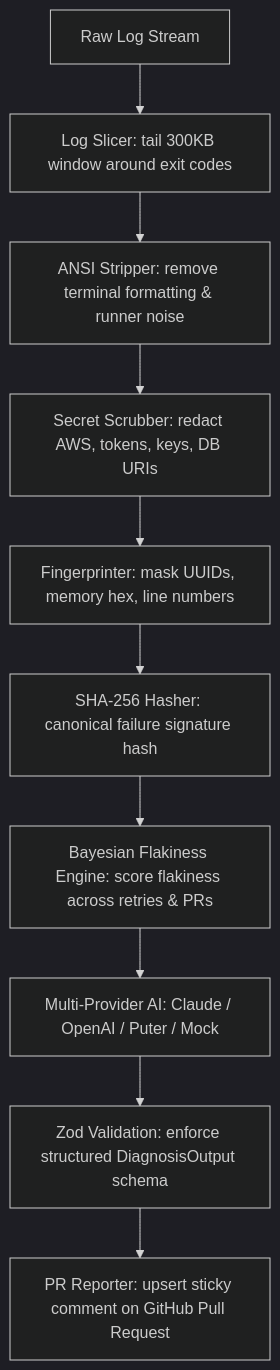
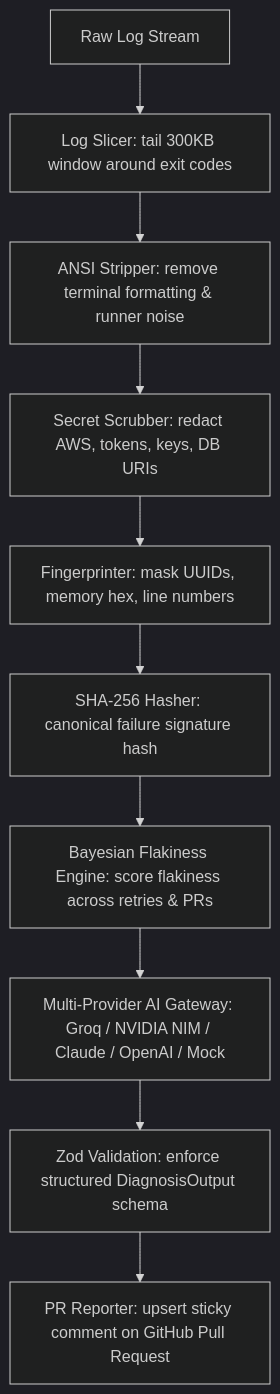
The third of 3 diagrams in docs/architecture/ARCHITECTURE.md (johan-droid/Hopper), drawn with Mermaid (dark theme) before and after one commit. The commit also changed other lines of this file and 60 other files, not shown here.

````diff
--- a/docs/architecture/ARCHITECTURE.md
+++ b/docs/architecture/ARCHITECTURE.md
@@ -139,12 +138,12 @@
 ```mermaid
 graph TD
     A[Raw Log Stream] --> B[Log Slicer: tail 300KB window around exit codes]
     B --> C[ANSI Stripper: remove terminal formatting & runner noise]
     C --> D[Secret Scrubber: redact AWS, tokens, keys, DB URIs]
     D --> E[Fingerprinter: mask UUIDs, memory hex, line numbers]
     E --> F[SHA-256 Hasher: canonical failure signature hash]
     F --> G[Bayesian Flakiness Engine: score flakiness across retries & PRs]
-    G --> H[Multi-Provider AI: Claude / OpenAI / Puter / Mock]
+    G --> H[Multi-Provider AI Gateway: Groq / NVIDIA NIM / Claude / OpenAI / Mock]
     H --> I[Zod Validation: enforce structured DiagnosisOutput schema]
     I --> J[PR Reporter: upsert sticky comment on GitHub Pull Request]
 ```
````
